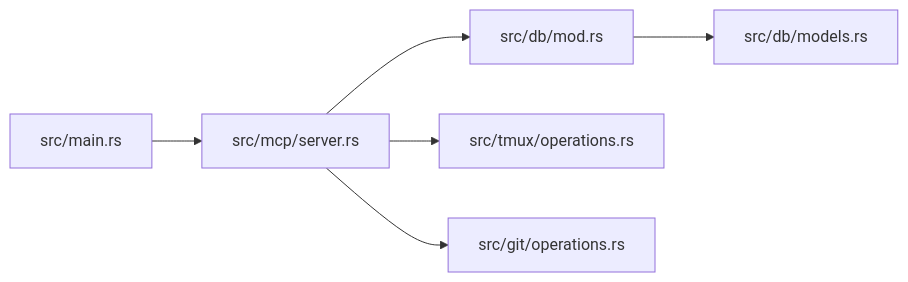
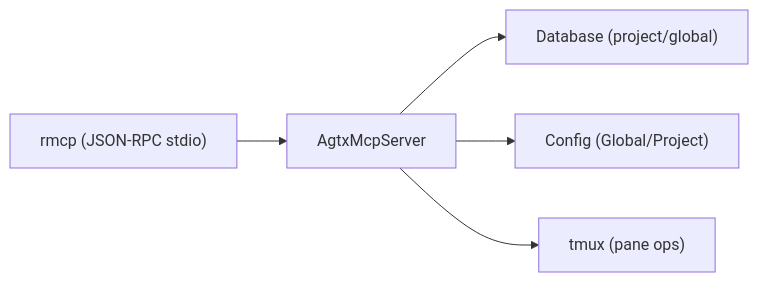
One commit to bramburn/agtx changed the fifth of 5 diagrams in .qoder/repowiki/en/content/MCP Server/MCP Server.md. Above: the diagram before and after it, drawn with Mermaid. The commit also changed other lines of this file and 140 other files, not shown here.

````diff
--- a/.qoder/repowiki/en/content/MCP Server/MCP Server.md
+++ b/.qoder/repowiki/en/content/MCP Server/MCP Server.md
@@ -361,8 +423,7 @@
 ```mermaid
 graph LR
-MAIN["src/main.rs"] --> SRV["src/mcp/server.rs"]
-SRV --> DBMOD["src/db/mod.rs"]
-DBMOD --> MODELS["src/db/models.rs"]
-SRV --> TMUX["src/tmux/operations.rs"]
-SRV --> GITOPS["src/git/operations.rs"]
+RMCP["rmcp (JSON-RPC stdio)"] --> SRV["AgtxMcpServer"]
+SRV --> DB["Database (project/global)"]
+SRV --> CFG["Config (Global/Project)"]
+SRV --> TMUX["tmux (pane ops)"]
 ```
````
